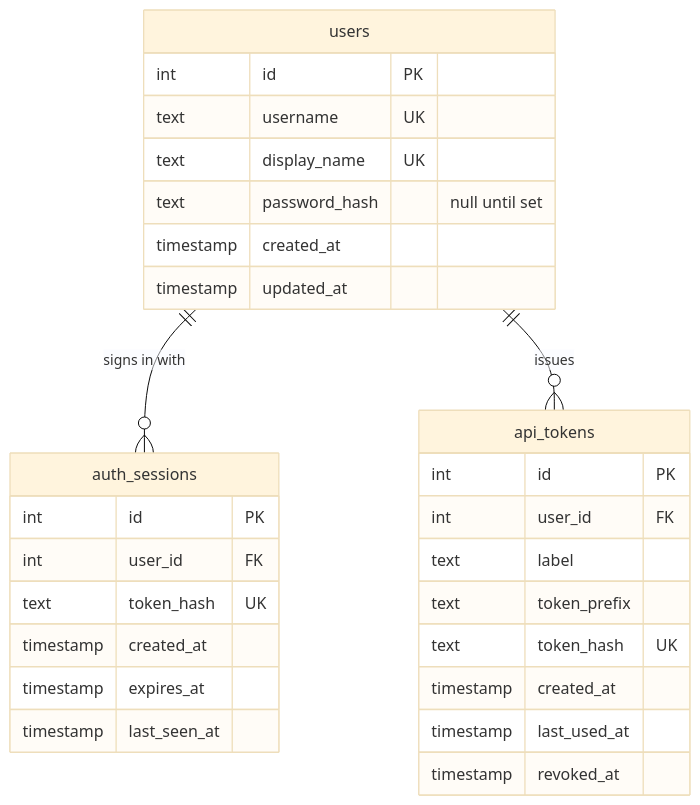
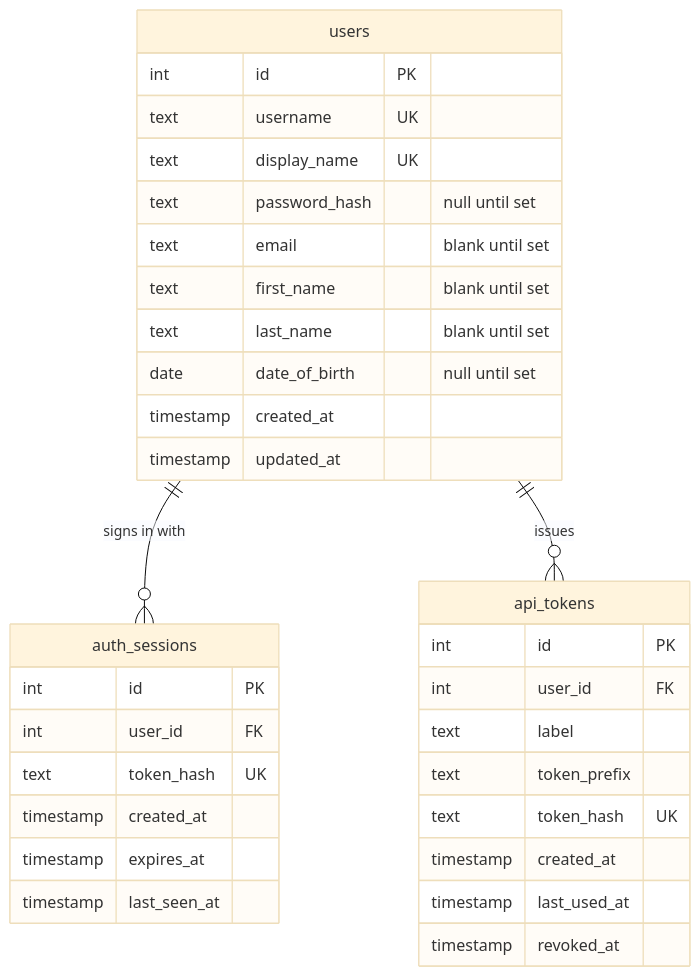
One commit to Mathotics/Keel changed the diagram in docs/design/user-profile.md. Above: the diagram before and after it, drawn with Mermaid (base theme). The commit also changed other lines of this file and 17 other files, not shown here.

````diff
--- a/docs/design/user-profile.md
+++ b/docs/design/user-profile.md
@@ -35,31 +41,35 @@
 ```mermaid
 erDiagram
   users ||--o{ auth_sessions : "signs in with"
   users ||--o{ api_tokens : "issues"
   users {
     int id PK
     text username UK
     text display_name UK
     text password_hash "null until set"
+    text email "blank until set"
+    text first_name "blank until set"
+    text last_name "blank until set"
+    date date_of_birth "null until set"
     timestamp created_at
     timestamp updated_at
   }
   auth_sessions {
     int id PK
     int user_id FK
     text token_hash UK
     timestamp created_at
     timestamp expires_at
     timestamp last_seen_at
   }
   api_tokens {
     int id PK
     int user_id FK
     text label
     text token_prefix
     text token_hash UK
     timestamp created_at
     timestamp last_used_at
     timestamp revoked_at
   }
 ```
````
